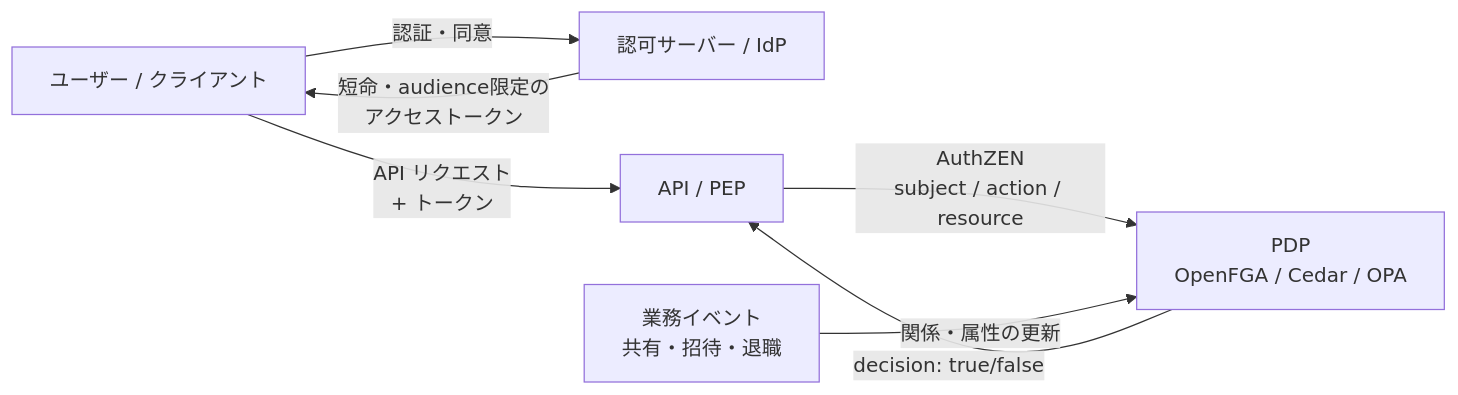
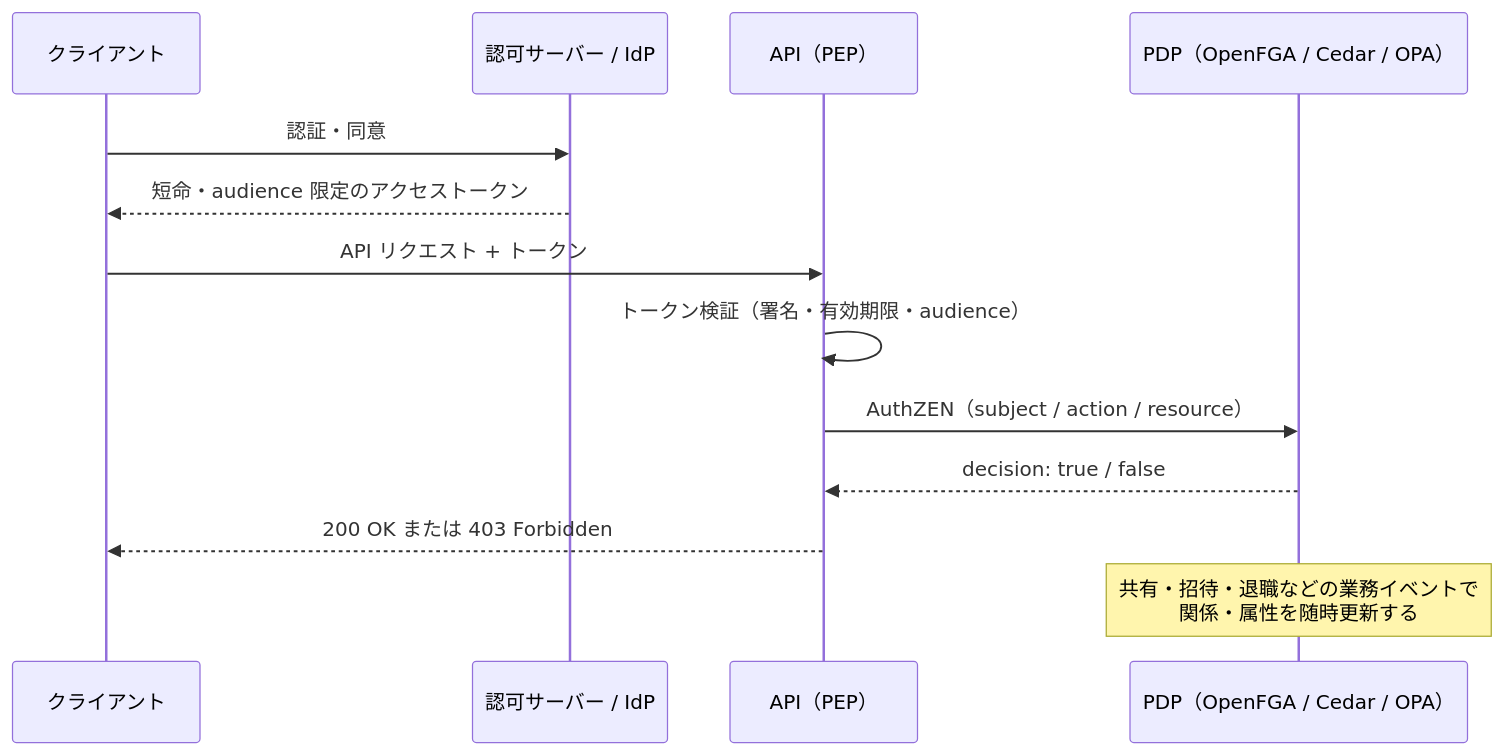
The diagram in articles/2026-10-21-authz-platform-as-pdp-authzen.md (inoh/zenn), drawn with Mermaid before and after one commit. The commit also changed other lines of this file, not shown here.

Commit message:
構成図を文字の重なりが起きないシーケンス図に変更

````diff
--- a/articles/2026-10-21-authz-platform-as-pdp-authzen.md
+++ b/articles/2026-10-21-authz-platform-as-pdp-authzen.md
@@ -61,9 +61,15 @@
 ```mermaid
-flowchart LR
-  U[ユーザー / クライアント] -- 認証・同意 --> AS[認可サーバー / IdP]
-  AS -- 短命・audience限定の<br/>アクセストークン --> U
-  U -- API リクエスト<br/>+ トークン --> PEP[API / PEP]
-  PEP -- AuthZEN<br/>subject / action / resource --> PDP[PDP<br/>OpenFGA / Cedar / OPA]
-  PDP -- decision: true/false --> PEP
-  App[業務イベント<br/>共有・招待・退職] -- 関係・属性の更新 --> PDP
+sequenceDiagram
+  participant C as クライアント
+  participant AS as 認可サーバー / IdP
+  participant PEP as API（PEP）
+  participant PDP as PDP（OpenFGA / Cedar / OPA）
+  C->>AS: 認証・同意
+  AS-->>C: 短命・audience 限定のアクセストークン
+  C->>PEP: API リクエスト + トークン
+  PEP->>PEP: トークン検証（署名・有効期限・audience）
+  PEP->>PDP: AuthZEN（subject / action / resource）
+  PDP-->>PEP: decision: true / false
+  PEP-->>C: 200 OK または 403 Forbidden
+  Note over PDP: 共有・招待・退職などの業務イベントで<br/>関係・属性を随時更新する
 ```
````
